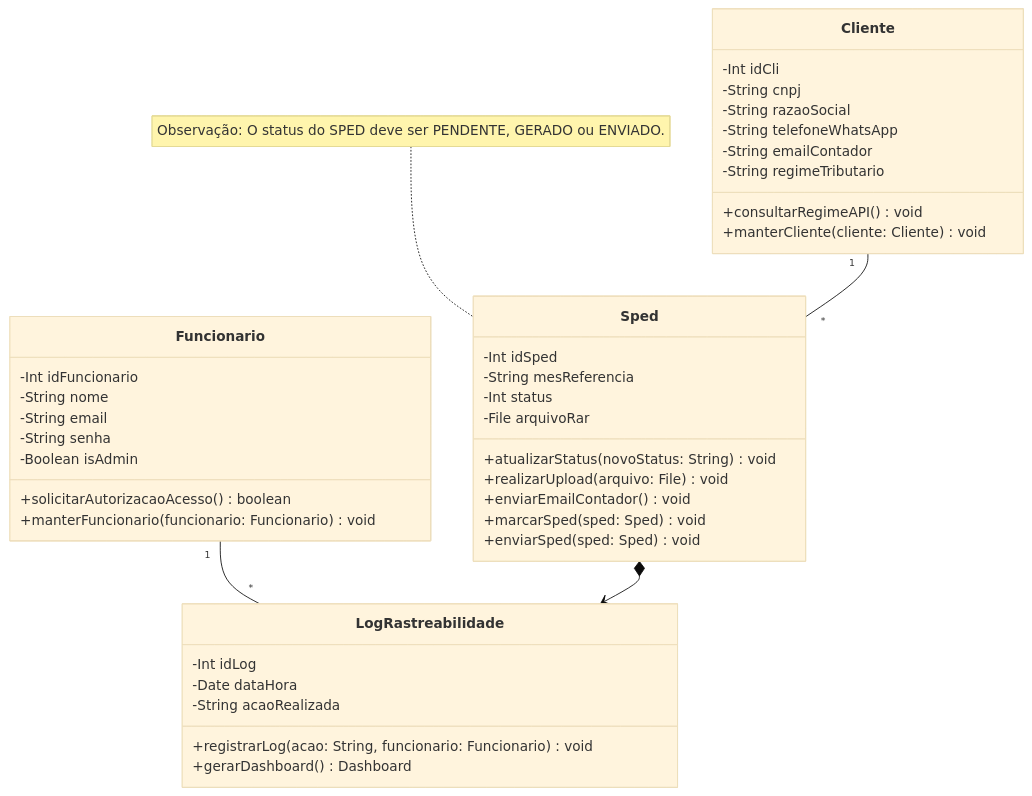
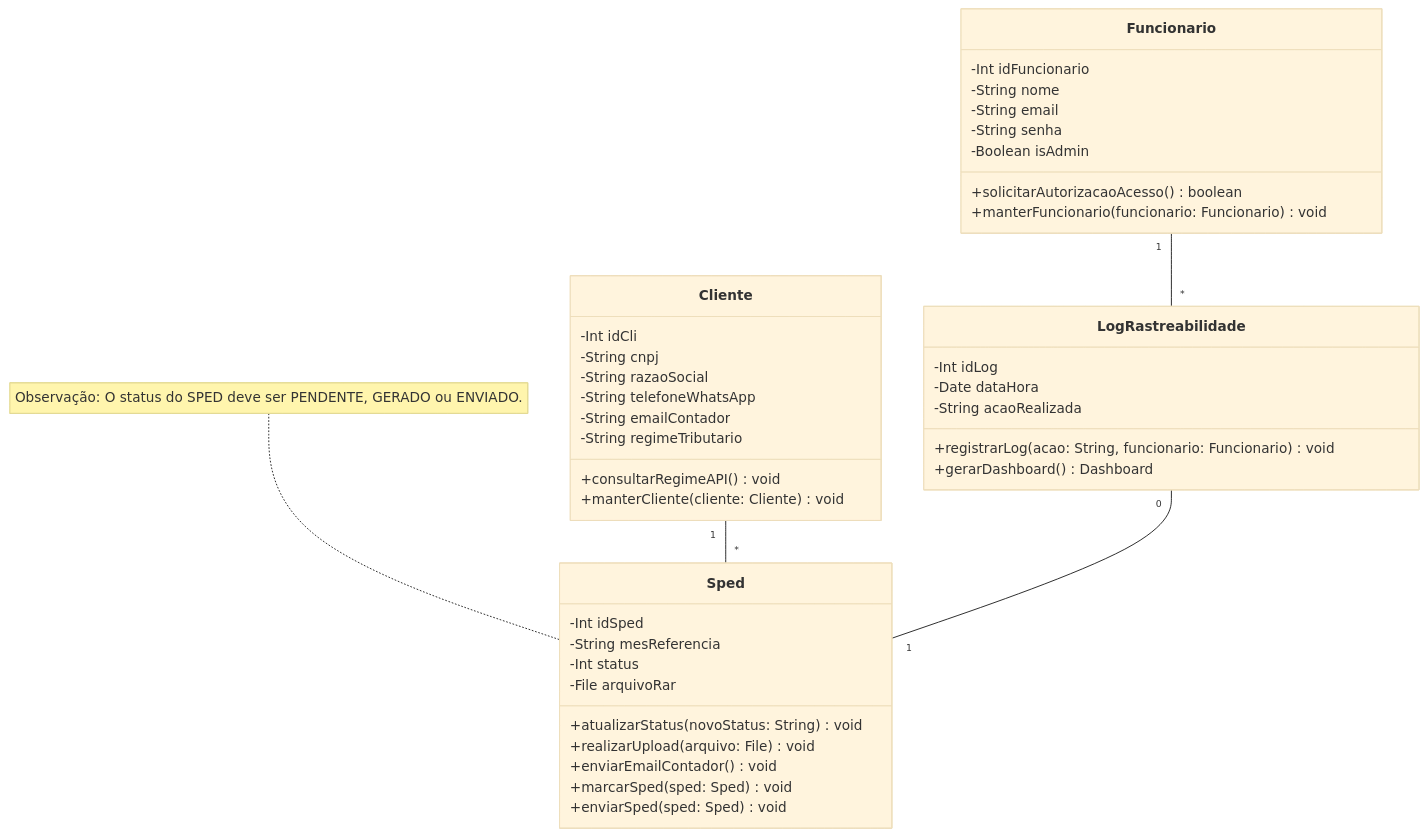
The first of 2 diagrams in docs/doc-modelos.md (Renan988/Projeto-Engenharia-I), drawn with Mermaid (base theme) before and after one commit.

Commit message:
docs: fix relação SPEDxlogRatreabilidade em diagrama de classe

````diff
--- a/docs/doc-modelos.md
+++ b/docs/doc-modelos.md
@@ -9,49 +9,49 @@
 ```mermaid
 classDiagram
     class Funcionario {
         -Int idFuncionario
         -String nome
         -String email
         -String senha
         -Boolean isAdmin
         +solicitarAutorizacaoAcesso() boolean
         +manterFuncionario(funcionario: Funcionario) void
     }
     
     class LogRastreabilidade {
         -Int idLog
         -Date dataHora
         -String acaoRealizada
         +registrarLog(acao: String, funcionario: Funcionario) void
         +gerarDashboard() Dashboard
     }
     
     class Cliente {
         -Int idCli
         -String cnpj
         -String razaoSocial
         -String telefoneWhatsApp
         -String emailContador
         -String regimeTributario
         +consultarRegimeAPI() void
         +manterCliente(cliente: Cliente) void
     }
     
     class Sped {
         -Int idSped
         -String mesReferencia
         -Int status
         -File arquivoRar
         +atualizarStatus(novoStatus: String) void
         +realizarUpload(arquivo: File) void
         +enviarEmailContador() void
         +marcarSped(sped: Sped) void
         +enviarSped(sped: Sped) void
     }
 
     Funcionario "1" -- "*" LogRastreabilidade
     Cliente "1" -- "*" Sped
-    Sped *--> LogRastreabilidade
+    LogRastreabilidade "0" -- "1" Sped
     
     note for Sped "Observação: O status do SPED deve ser PENDENTE, GERADO ou ENVIADO."
 ```
````
